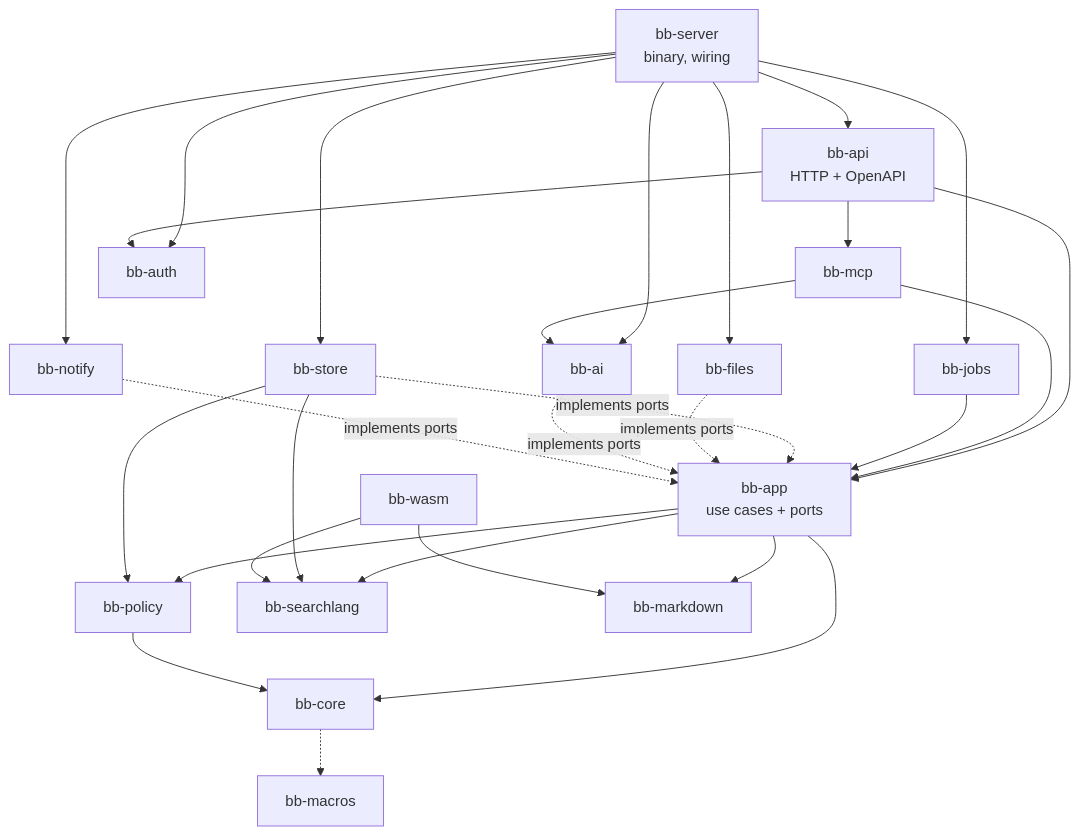
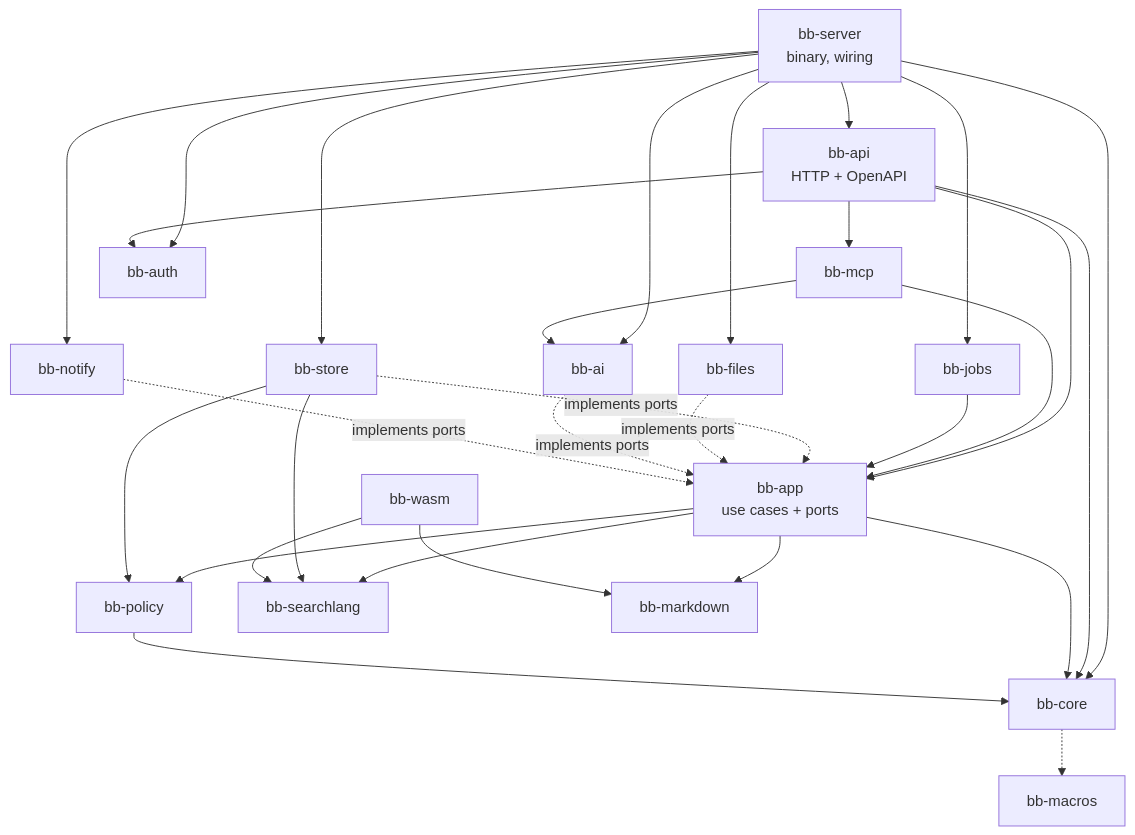
One commit to Nusi42/Bugaboo changed the diagram in docs/architecture/04-building-blocks.md. Above: the diagram before and after it, drawn with Mermaid. The commit also changed other lines of this file and 20 other files, not shown here.

````diff
--- a/docs/architecture/04-building-blocks.md
+++ b/docs/architecture/04-building-blocks.md
@@ -42,33 +42,33 @@
 ```mermaid
 flowchart TB
   server["bb-server<br/>binary, wiring"]
   api["bb-api<br/>HTTP + OpenAPI"]
   mcp["bb-mcp"]
   app["bb-app<br/>use cases + ports"]
   policy["bb-policy"]
   core["bb-core"]
   macros["bb-macros"]
   search["bb-searchlang"]
   md["bb-markdown"]
   store["bb-store"]
   files["bb-files"]
   auth["bb-auth"]
   ai["bb-ai"]
   notify["bb-notify"]
   jobs["bb-jobs"]
   wasm["bb-wasm"]
 
-  server --> api & jobs & store & files & ai & notify & auth
-  api --> app & auth & mcp
+  server --> api & jobs & store & files & ai & notify & auth & core
+  api --> app & auth & mcp & core
   mcp --> app & ai
   jobs --> app
   app --> policy & core & search & md
   policy --> core
   core -.-> macros
   store -. implements ports .-> app
   files -. implements ports .-> app
   ai -. implements ports .-> app
   notify -. implements ports .-> app
   store --> search & policy
   wasm --> search & md
 ```
````
